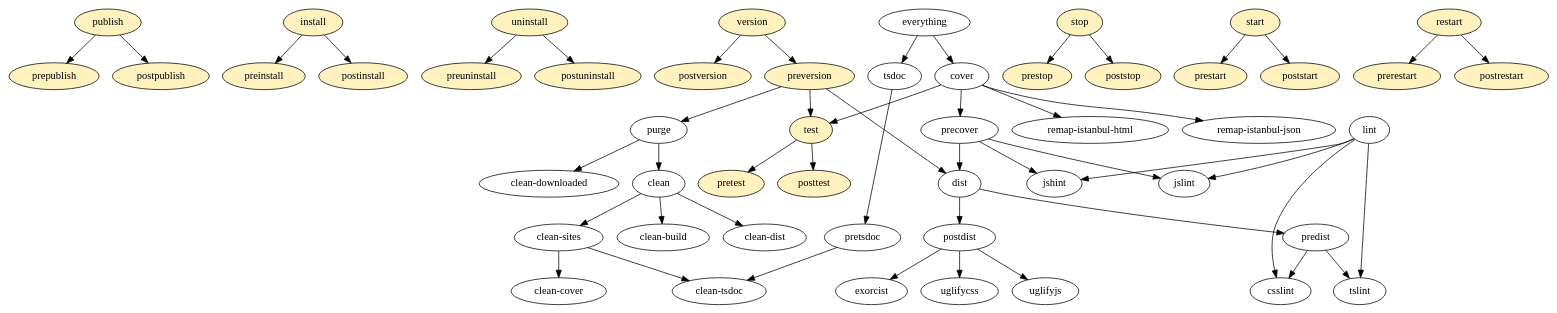
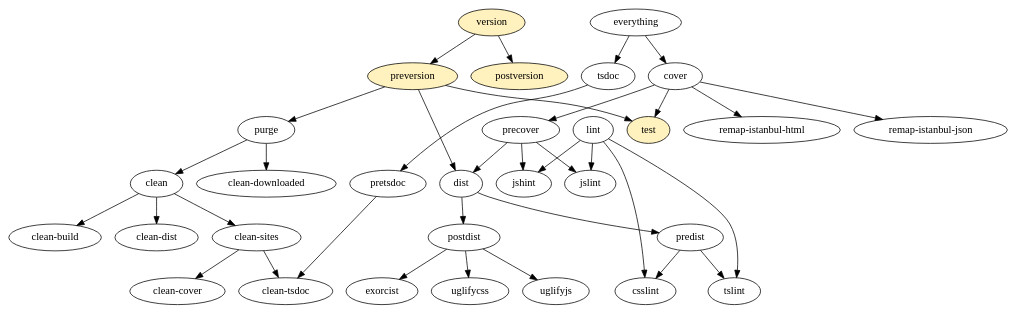
Before and after one commit to nlesc-sherlock/punchcardjs: the diagram in docs/punchcardjs.dot, drawn with Graphviz. The commit also changed 2 other files, not shown here.

```diff
--- a/docs/punchcardjs.dot
+++ b/docs/punchcardjs.dot
@@ -1,100 +1,66 @@
 digraph punchcardjs{
-0 [label="prepublish", fillcolor="#fff2be", style="filled"]
-1 [label="publish", fillcolor="#fff2be", style="filled"]
-2 [label="postpublish", fillcolor="#fff2be", style="filled"]
-3 [label="preinstall", fillcolor="#fff2be", style="filled"]
-4 [label="install", fillcolor="#fff2be", style="filled"]
-5 [label="postinstall", fillcolor="#fff2be", style="filled"]
-6 [label="preuninstall", fillcolor="#fff2be", style="filled"]
-7 [label="uninstall", fillcolor="#fff2be", style="filled"]
-8 [label="postuninstall", fillcolor="#fff2be", style="filled"]
-9 [label="version", fillcolor="#fff2be", style="filled"]
-10 [label="pretest", fillcolor="#fff2be", style="filled"]
-11 [label="posttest", fillcolor="#fff2be", style="filled"]
-12 [label="prestop", fillcolor="#fff2be", style="filled"]
-13 [label="stop", fillcolor="#fff2be", style="filled"]
-14 [label="poststop", fillcolor="#fff2be", style="filled"]
-15 [label="prestart", fillcolor="#fff2be", style="filled"]
-16 [label="start", fillcolor="#fff2be", style="filled"]
-17 [label="poststart", fillcolor="#fff2be", style="filled"]
-18 [label="prerestart", fillcolor="#fff2be", style="filled"]
-19 [label="restart", fillcolor="#fff2be", style="filled"]
-20 [label="postrestart", fillcolor="#fff2be", style="filled"]
-21 [label="clean", tooltip="npm run clean-build & npm run clean-dist & npm run clean-sites"]
-22 [label="clean-build", tooltip="trash build/"]
-23 [label="clean-cover", tooltip="trash docs/sites/coverage/"]
-24 [label="clean-dist", tooltip="trash dist/"]
-25 [label="clean-downloaded", tooltip="trash typings/ node_modules/"]
-26 [label="clean-sites", tooltip="npm run clean-cover & npm run clean-tsdoc"]
-27 [label="clean-tsdoc", tooltip="trash docs/sites/tsdoc/"]
-28 [label="cover", tooltip="npm run test && npm run remap-istanbul-json && npm run remap-istanbul-html"]
-29 [label="csslint", tooltip="cat src/*.css > dist/punchcards.css && csslint --config=.csslintrc --format=compact dist/punchcards.css"]
-30 [label="dist", tooltip="browserify src/punchcards.ts --debug --standalone punchcards -p [ tsify --project . ] > build/punchcards-with-source-maps.js"]
-31 [label="everything", tooltip="npm run tsdoc && npm run cover"]
-32 [label="exorcist", tooltip="<build/punchcards-with-source-maps.js exorcist dist/punchcards.js.map > dist/punchcards.js"]
-33 [label="jshint", tooltip="jshint test/*.js"]
-34 [label="jslint", tooltip="jslint test/*.js"]
-35 [label="lint", tooltip="npm run tslint && npm run jshint && npm run jslint && npm run csslint"]
-36 [label="postdist", tooltip="npm run exorcist && npm run uglifyjs && npm run uglifycss"]
-37 [label="postversion", tooltip="git log --pretty=oneline --max-count 10", fillcolor="#fff2be", style="filled"]
-38 [label="precover", tooltip="trash docs/sites/coverage/ && npm run jslint && npm run jshint && npm run dist"]
-39 [label="predist", tooltip="trash build/ && mkdirp build && trash dist/ && mkdirp dist && npm run tslint && npm run csslint"]
-40 [label="pretsdoc", tooltip="npm run clean-tsdoc && mkdirp docs/sites/tsdoc"]
-41 [label="preversion", tooltip="npm run purge && npm install && typings install && npm run dist && npm run test", fillcolor="#fff2be", style="filled"]
-42 [label="purge", tooltip="npm run clean & npm run clean-downloaded"]
-43 [label="remap-istanbul-html", tooltip="remap-istanbul --input docs/sites/coverage/coverage-remapped.json --output docs/sites/coverage/remapped --type html --exclude node_modules"]
-44 [label="remap-istanbul-json", tooltip="remap-istanbul --input docs/sites/coverage/coverage.json --output docs/sites/coverage/coverage-remapped.json"]
-45 [label="test", tooltip="karma start karma.conf.js", fillcolor="#fff2be", style="filled"]
-46 [label="tsdoc", tooltip="typedoc --out docs/sites/tsdoc/ ."]
-47 [label="tslint", tooltip="tslint --config tslint.json ./src/**/*.ts"]
-48 [label="uglifycss", tooltip="uglifycss dist/punchcards.css > dist/punchcards.min.css"]
-49 [label="uglifyjs", tooltip="uglifyjs dist/punchcards.js --output dist/punchcards.min.js --source-map dist/punchcards.min.js.map --screw-ie8 --in-source-map dist/punchcards.js.map --source-map-url punchcards.min.js.map"]
-21 -> 22
-21 -> 24
-21 -> 26
-26 -> 23
-26 -> 27
-28 -> 45
-28 -> 44
-28 -> 43
-31 -> 46
-31 -> 28
-35 -> 47
-35 -> 33
-35 -> 34
-35 -> 29
-36 -> 32
-36 -> 49
-36 -> 48
-38 -> 34
-38 -> 33
-38 -> 30
-39 -> 47
-39 -> 29
-40 -> 27
-41 -> 42
-41 -> 30
-41 -> 45
-42 -> 21
-42 -> 25
-1 -> 0
-1 -> 2
-4 -> 3
-4 -> 5
-7 -> 6
-7 -> 8
-45 -> 10
-45 -> 11
-13 -> 12
-13 -> 14
-16 -> 15
-16 -> 17
-19 -> 18
-19 -> 20
-30 -> 36
-9 -> 37
-28 -> 38
-30 -> 39
-46 -> 40
-9 -> 41
+0 [label="clean", tooltip="npm run clean-build & npm run clean-dist & npm run clean-sites"]
+1 [label="clean-build", tooltip="trash build/"]
+2 [label="clean-cover", tooltip="trash docs/sites/coverage/"]
+3 [label="clean-dist", tooltip="trash dist/"]
+4 [label="clean-downloaded", tooltip="trash typings/ node_modules/"]
+5 [label="clean-sites", tooltip="npm run clean-cover & npm run clean-tsdoc"]
+6 [label="clean-tsdoc", tooltip="trash docs/sites/tsdoc/"]
+7 [label="cover", tooltip="npm run test && npm run remap-istanbul-json && npm run remap-istanbul-html"]
+8 [label="csslint", tooltip="cat src/*.css > dist/punchcards.css && csslint --config=.csslintrc --format=compact dist/punchcards.css"]
+9 [label="dist", tooltip="browserify src/punchcards.ts --debug --standalone punchcards -p [ tsify --project . ] > build/punchcards-with-source-maps.js"]
+10 [label="everything", tooltip="npm run tsdoc && npm run cover"]
+11 [label="exorcist", tooltip="<build/punchcards-with-source-maps.js exorcist dist/punchcards.js.map > dist/punchcards.js"]
+12 [label="jshint", tooltip="jshint test/*.js"]
+13 [label="jslint", tooltip="jslint test/*.js"]
+14 [label="lint", tooltip="npm run tslint && npm run jshint && npm run jslint && npm run csslint"]
+15 [label="postdist", tooltip="npm run exorcist && npm run uglifyjs && npm run uglifycss"]
+16 [label="postversion", tooltip="git log --pretty=oneline --max-count 10", fillcolor="#fff2be", style="filled"]
+17 [label="precover", tooltip="trash docs/sites/coverage/ && npm run jslint && npm run jshint && npm run dist"]
+18 [label="predist", tooltip="trash build/ && mkdirp build && trash dist/ && mkdirp dist && npm run tslint && npm run csslint"]
+19 [label="pretsdoc", tooltip="npm run clean-tsdoc && mkdirp docs/sites/tsdoc"]
+20 [label="preversion", tooltip="npm run purge && npm install && typings install && npm run dist && npm run test", fillcolor="#fff2be", style="filled"]
+21 [label="purge", tooltip="npm run clean & npm run clean-downloaded"]
+22 [label="remap-istanbul-html", tooltip="remap-istanbul --input docs/sites/coverage/coverage-remapped.json --output docs/sites/coverage/remapped --type html --exclude node_modules"]
+23 [label="remap-istanbul-json", tooltip="remap-istanbul --input docs/sites/coverage/coverage.json --output docs/sites/coverage/coverage-remapped.json"]
+24 [label="test", tooltip="karma start karma.conf.js", fillcolor="#fff2be", style="filled"]
+25 [label="tsdoc", tooltip="typedoc --out docs/sites/tsdoc/ ."]
+26 [label="tslint", tooltip="tslint --config tslint.json ./src/**/*.ts"]
+27 [label="uglifycss", tooltip="uglifycss dist/punchcards.css > dist/punchcards.min.css"]
+28 [label="uglifyjs", tooltip="uglifyjs dist/punchcards.js --output dist/punchcards.min.js --source-map dist/punchcards.min.js.map --screw-ie8 --in-source-map dist/punchcards.js.map --source-map-url punchcards.min.js.map"]
+29 [label="version", fillcolor="#fff2be", style="filled"]
+0 -> 1
+0 -> 3
+0 -> 5
+5 -> 2
+5 -> 6
+7 -> 24
+7 -> 23
+7 -> 22
+10 -> 25
+10 -> 7
+14 -> 26
+14 -> 12
+14 -> 13
+14 -> 8
+15 -> 11
+15 -> 28
+15 -> 27
+17 -> 13
+17 -> 12
+17 -> 9
+18 -> 26
+18 -> 8
+19 -> 6
+20 -> 21
+20 -> 9
+20 -> 24
+21 -> 0
+21 -> 4
+9 -> 15
+29 -> 16
+7 -> 17
+9 -> 18
+25 -> 19
+29 -> 20
 }
```
